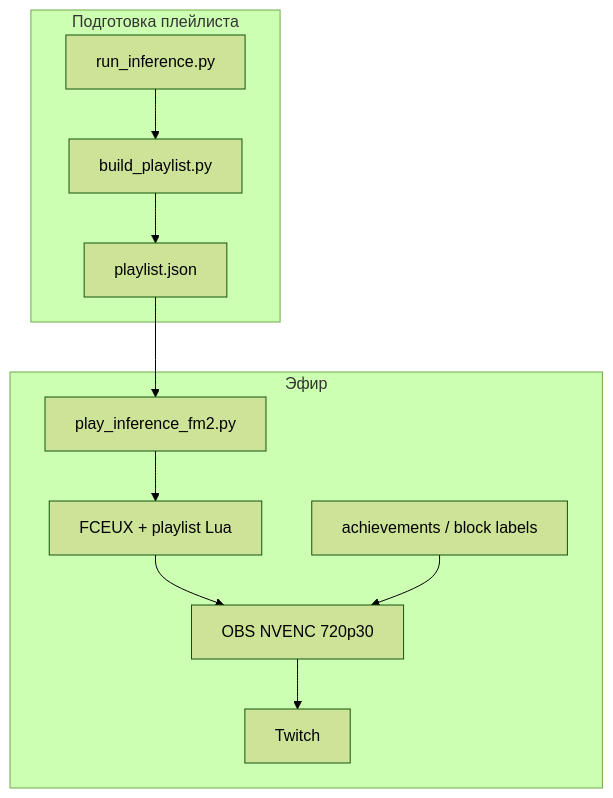
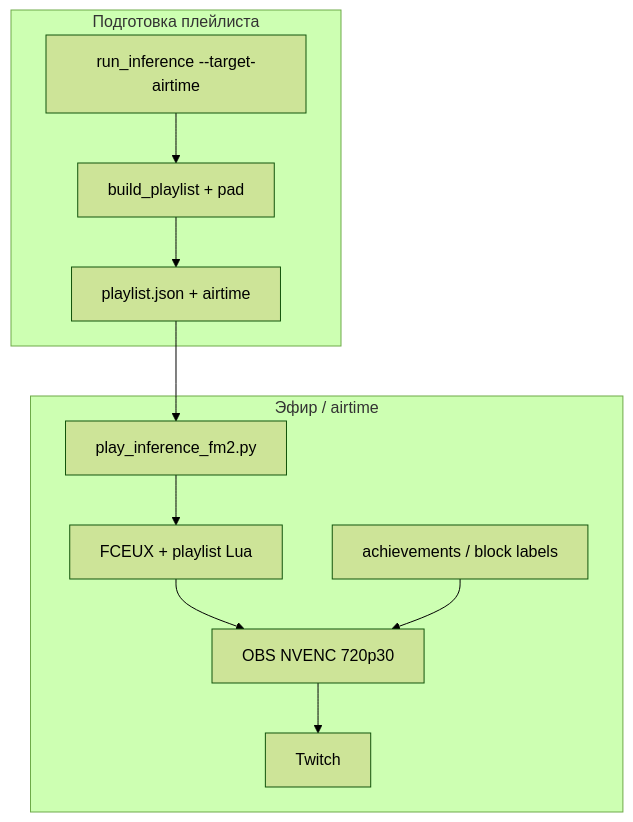
One commit to dimadroog/wait changed the diagram in docs/STREAMING_CONCEPT.md. Above: the diagram before and after it, drawn with Mermaid (forest theme). The commit also changed other lines of this file and 25 other files, not shown here.

First line of the commit message:
feat(playlist): retention day UTC+3 and target airtime collection

````diff
--- a/docs/STREAMING_CONCEPT.md
+++ b/docs/STREAMING_CONCEPT.md
@@ -82,20 +93,20 @@
 ```mermaid
 flowchart TB
     subgraph prep [Подготовка плейлиста]
-        Infer[run_inference.py]
-        Build[build_playlist.py]
+        Infer["run_inference --target-airtime"]
+        Build[build_playlist + pad]
         Infer --> Build
-        Build --> Manifest[playlist.json]
+        Build --> Manifest["playlist.json + airtime"]
     end
-    subgraph air [Эфир]
+    subgraph air [Эфир / airtime]
         Play[play_inference_fm2.py]
         FCEUX[FCEUX + playlist Lua]
         OBS[OBS NVENC 720p30]
         Overlay[achievements / block labels]
         Manifest --> Play
         Play --> FCEUX
         FCEUX --> OBS
         Overlay --> OBS
         OBS --> Twitch[Twitch]
     end
 ```
````
